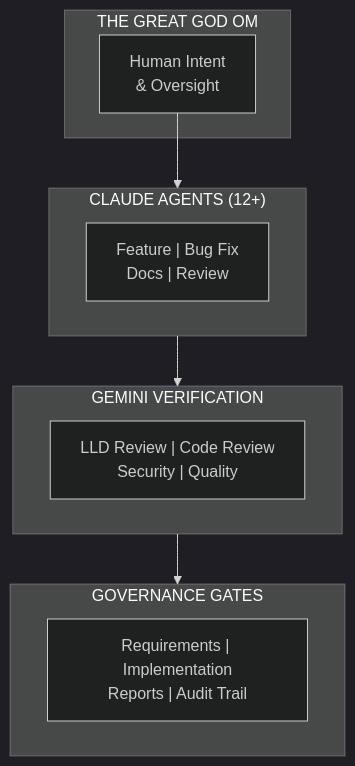
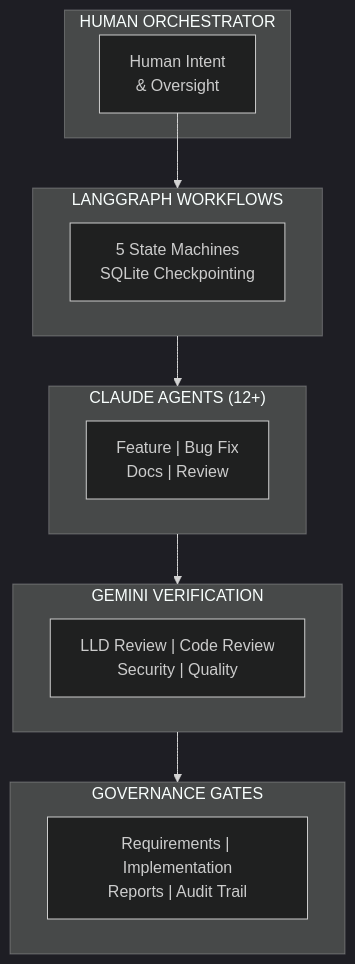
One commit to martymcenroe/AssemblyZero changed the diagram in README.md. Above: the diagram before and after it, drawn with Mermaid (dark theme). The commit also changed other lines of this file and 8 other files, not shown here.

````diff
--- a/README.md
+++ b/README.md
@@ -29,22 +29,27 @@
 ```mermaid
 graph TD
-    subgraph Intent["THE GREAT GOD OM"]
+    subgraph Intent["HUMAN ORCHESTRATOR"]
         O["Human Intent<br/>& Oversight"]
+    end
+
+    subgraph LG["LANGGRAPH WORKFLOWS"]
+        W["5 State Machines<br/>SQLite Checkpointing"]
     end
 
     subgraph Agents["CLAUDE AGENTS (12+)"]
         A["Feature | Bug Fix<br/>Docs | Review"]
     end
 
     subgraph Gemini["GEMINI VERIFICATION"]
         G["LLD Review | Code Review<br/>Security | Quality"]
     end
 
     subgraph Gov["GOVERNANCE GATES"]
         M["Requirements | Implementation<br/>Reports | Audit Trail"]
     end
 
-    O --> Agents
+    O --> LG
+    LG --> Agents
     Agents --> Gemini
     Gemini --> Gov
 ```
````
